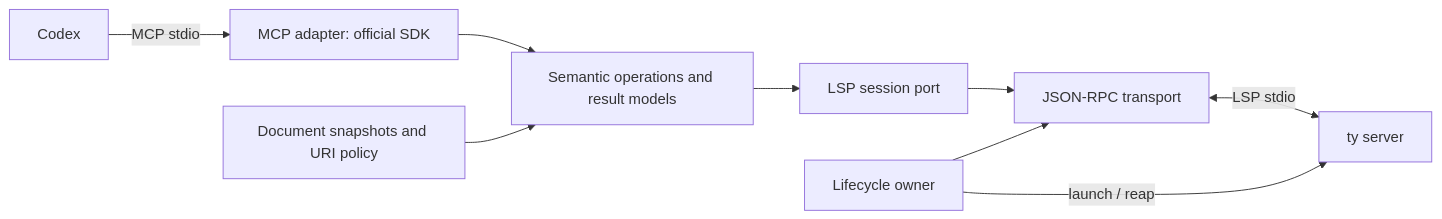
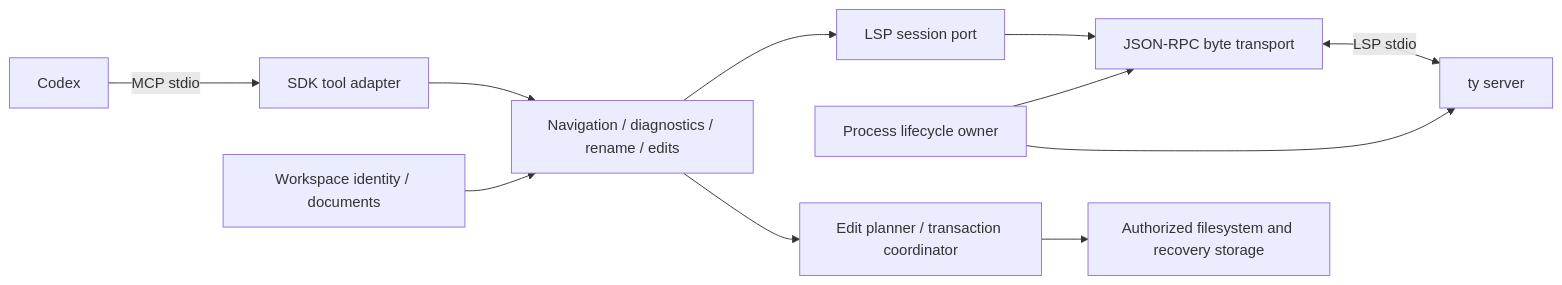
One commit to tvproductions/gz-mcp-lsp changed the diagram in docs/superpowers/specs/2026-10-28-semantic-navigation-design.md. Above: the diagram before and after it, drawn with Mermaid. The commit also changed other lines of this file and 16 other files, not shown here.

````diff
--- a/docs/superpowers/specs/2026-10-28-semantic-navigation-design.md
+++ b/docs/superpowers/specs/2026-10-28-semantic-navigation-design.md
@@ -47,11 +44,13 @@
 ```mermaid
 flowchart LR
-    C[Codex] -->|MCP stdio| M[MCP adapter: official SDK]
-    M --> S[Semantic operations and result models]
-    S --> P[LSP session port]
-    P --> T[JSON-RPC transport]
-    L[Lifecycle owner] --> T
-    L -->|launch / reap| TY[ty server]
-    T <-->|LSP stdio| TY
-    D[Document snapshots and URI policy] --> S
+  C[Codex] -->|MCP stdio| M[SDK tool adapter]
+  M --> O[Navigation / diagnostics / rename / edits]
+  O --> L[LSP session port]
+  L --> W[JSON-RPC byte transport]
+  W <-->|LSP stdio| T[ty server]
+  P[Process lifecycle owner] --> W
+  P --> T
+  D[Workspace identity / documents] --> O
+  O --> X[Edit planner / transaction coordinator]
+  X --> F[Authorized filesystem and recovery storage]
 ```
````
